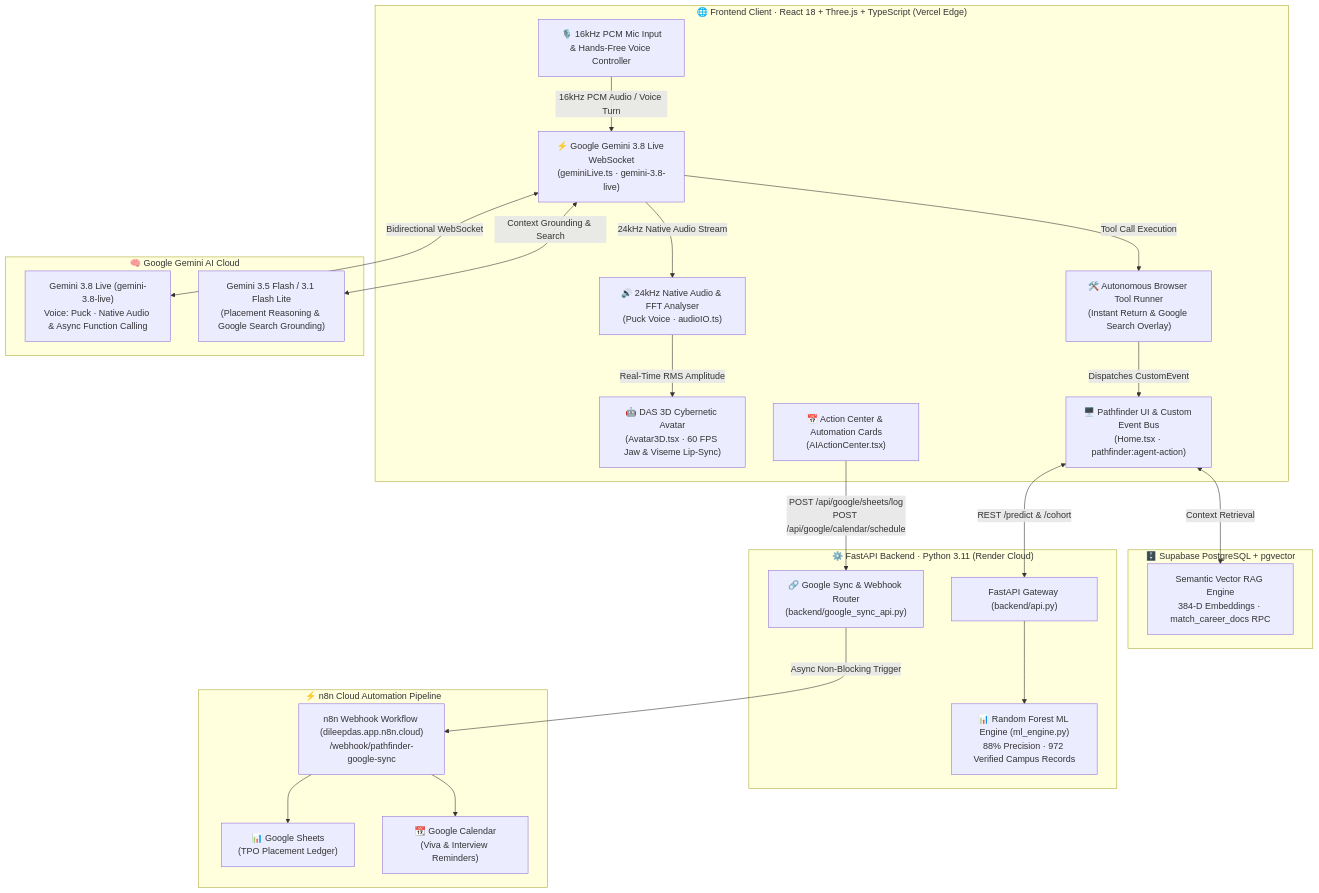
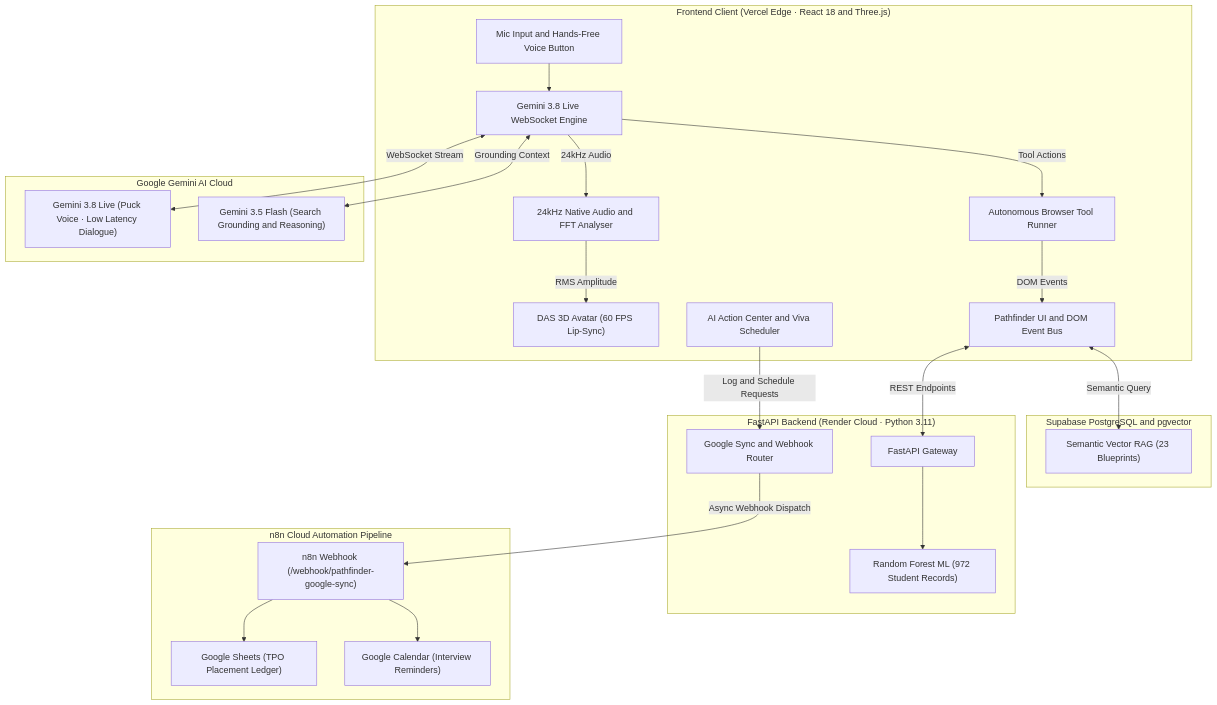
One commit to dileepbommali16-ops/pathfinder changed the second of 2 diagrams in README.md. Above: the diagram before and after it, drawn with Mermaid.

Commit message:
fix(docs): sanitize mermaid diagram syntax for clean rich display rendering

````diff
--- a/README.md
+++ b/README.md
@@ -173,48 +173,48 @@
 ```mermaid
 flowchart TB
-    subgraph Client["🌐 Frontend Client · React 18 + Three.js + TypeScript (Vercel Edge)"]
-        Mic["🎙️ 16kHz PCM Mic Input<br/>& Hands-Free Voice Controller"]
-        GeminiLive["⚡ Google Gemini 3.8 Live WebSocket<br/>(geminiLive.ts · gemini-3.8-live)"]
-        AudioEngine["🔊 24kHz Native Audio & FFT Analyser<br/>(Puck Voice · audioIO.ts)"]
-        Avatar3D["🤖 DAS 3D Cybernetic Avatar<br/>(Avatar3D.tsx · 60 FPS Jaw & Viseme Lip-Sync)"]
-        ToolRunner["🛠️ Autonomous Browser Tool Runner<br/>(Instant Return & Google Search Overlay)"]
-        DOM["🖥️ Pathfinder UI & Custom Event Bus<br/>(Home.tsx · pathfinder:agent-action)"]
-        ActionCenter["📅 Action Center & Automation Cards<br/>(AIActionCenter.tsx)"]
+    subgraph Client["Frontend Client (Vercel Edge · React 18 and Three.js)"]
+        Mic["Mic Input and Hands-Free Voice Button"]
+        GeminiLive["Gemini 3.8 Live WebSocket Engine"]
+        AudioEngine["24kHz Native Audio and FFT Analyser"]
+        Avatar3D["DAS 3D Avatar (60 FPS Lip-Sync)"]
+        ToolRunner["Autonomous Browser Tool Runner"]
+        DOM["Pathfinder UI and DOM Event Bus"]
+        ActionCenter["AI Action Center and Viva Scheduler"]
     end
 
-    subgraph CloudAI["🧠 Google Gemini AI Cloud"]
-        GeminiLiveModel["Gemini 3.8 Live (gemini-3.8-live)<br/>Voice: Puck · Native Audio & Async Function Calling"]
-        GeminiReasoning["Gemini 3.5 Flash / 3.1 Flash Lite<br/>(Placement Reasoning & Google Search Grounding)"]
+    subgraph CloudAI["Google Gemini AI Cloud"]
+        GeminiLiveModel["Gemini 3.8 Live (Puck Voice · Low Latency Dialogue)"]
+        GeminiReasoning["Gemini 3.5 Flash (Search Grounding and Reasoning)"]
     end
 
-    subgraph VectorDB["🗄️ Supabase PostgreSQL + pgvector"]
-        RAG["Semantic Vector RAG Engine<br/>384-D Embeddings · match_career_docs RPC"]
+    subgraph VectorDB["Supabase PostgreSQL and pgvector"]
+        RAG["Semantic Vector RAG (23 Blueprints)"]
     end
 
-    subgraph Backend["⚙️ FastAPI Backend · Python 3.11 (Render Cloud)"]
-        FastAPI["FastAPI Gateway (backend/api.py)"]
-        MLEngine["📊 Random Forest ML Engine (ml_engine.py)<br/>88% Precision · 972 Verified Campus Records"]
-        GoogleSync["🔗 Google Sync & Webhook Router<br/>(backend/google_sync_api.py)"]
+    subgraph Backend["FastAPI Backend (Render Cloud · Python 3.11)"]
+        FastAPI["FastAPI Gateway"]
+        MLEngine["Random Forest ML (972 Student Records)"]
+        GoogleSync["Google Sync and Webhook Router"]
     end
 
-    subgraph Automation["⚡ n8n Cloud Automation Pipeline"]
-        N8N["n8n Webhook Workflow (dileepdas.app.n8n.cloud)<br/>/webhook/pathfinder-google-sync"]
-        GSheets["📊 Google Sheets<br/>(TPO Placement Ledger)"]
-        GCal["📆 Google Calendar<br/>(Viva & Interview Reminders)"]
+    subgraph Automation["n8n Cloud Automation Pipeline"]
+        N8N["n8n Webhook (/webhook/pathfinder-google-sync)"]
+        GSheets["Google Sheets (TPO Placement Ledger)"]
+        GCal["Google Calendar (Interview Reminders)"]
     end
 
-    Mic -->|16kHz PCM Audio / Voice Turn| GeminiLive
-    GeminiLive <-->|Bidirectional WebSocket| GeminiLiveModel
-    GeminiLive -->|24kHz Native Audio Stream| AudioEngine
-    AudioEngine -->|Real-Time RMS Amplitude| Avatar3D
-    GeminiLive -->|Tool Call Execution| ToolRunner
-    ToolRunner -->|Dispatches CustomEvent| DOM
-    GeminiLive <-->|Context Grounding & Search| GeminiReasoning
-    DOM <-->|REST /predict & /cohort| FastAPI
+    Mic --> GeminiLive
+    GeminiLive <-->|WebSocket Stream| GeminiLiveModel
+    GeminiLive -->|24kHz Audio| AudioEngine
+    AudioEngine -->|RMS Amplitude| Avatar3D
+    GeminiLive -->|Tool Actions| ToolRunner
+    ToolRunner -->|DOM Events| DOM
+    GeminiLive <-->|Grounding Context| GeminiReasoning
+    DOM <-->|REST Endpoints| FastAPI
     FastAPI --> MLEngine
-    DOM <-->|Context Retrieval| RAG
-    ActionCenter -->|POST /api/google/sheets/log<br/>POST /api/google/calendar/schedule| GoogleSync
-    GoogleSync -->|Async Non-Blocking Trigger| N8N
+    DOM <-->|Semantic Query| RAG
+    ActionCenter -->|Log and Schedule Requests| GoogleSync
+    GoogleSync -->|Async Webhook Dispatch| N8N
     N8N --> GSheets
     N8N --> GCal
 ```
````
